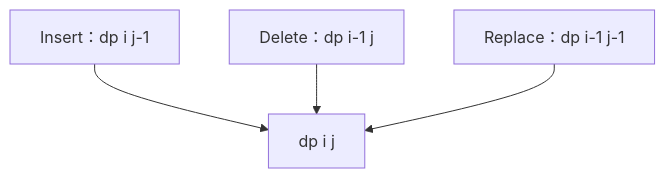
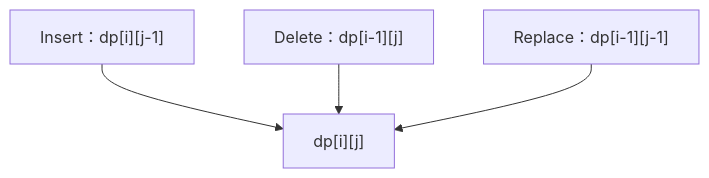
One commit to davidchen0970/algorithm_note changed the seventh of 11 diagrams in 09_dynamic_programming/41_subsequence_dp.md. Above: the diagram before and after it, drawn with Mermaid. The commit also changed other lines of this file and 4 other files, not shown here.

````diff
--- a/09_dynamic_programming/41_subsequence_dp.md
+++ b/09_dynamic_programming/41_subsequence_dp.md
@@ -264,6 +539,6 @@
 ```mermaid
 flowchart TD
-    I[Insert：dp i j-1] --> C[dp i j]
-    D[Delete：dp i-1 j] --> C
-    R[Replace：dp i-1 j-1] --> C
+    I["Insert：dp[i][j-1]"] --> C["dp[i][j]"]
+    D["Delete：dp[i-1][j]"] --> C
+    R["Replace：dp[i-1][j-1]"] --> C
 ```
````
